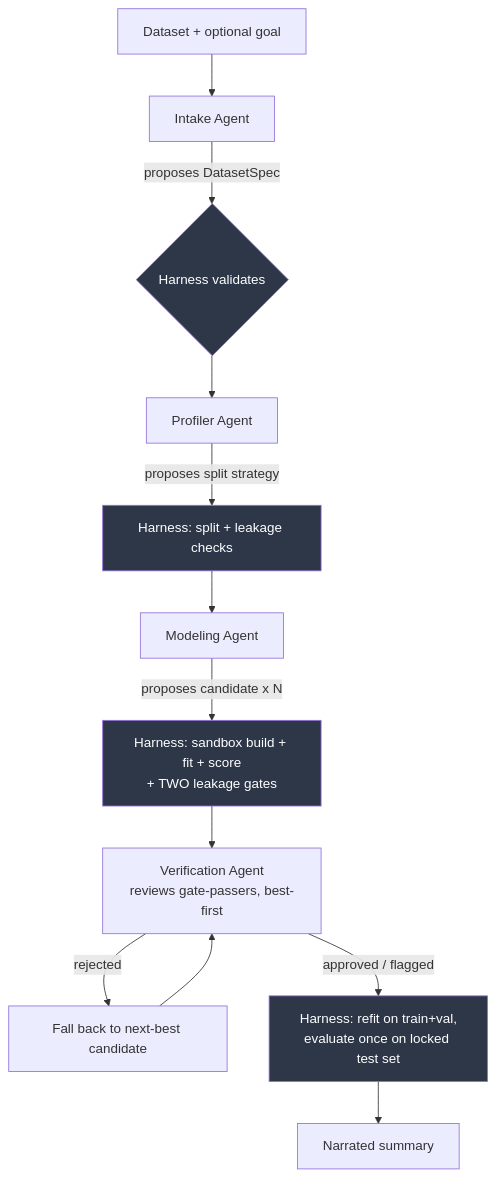
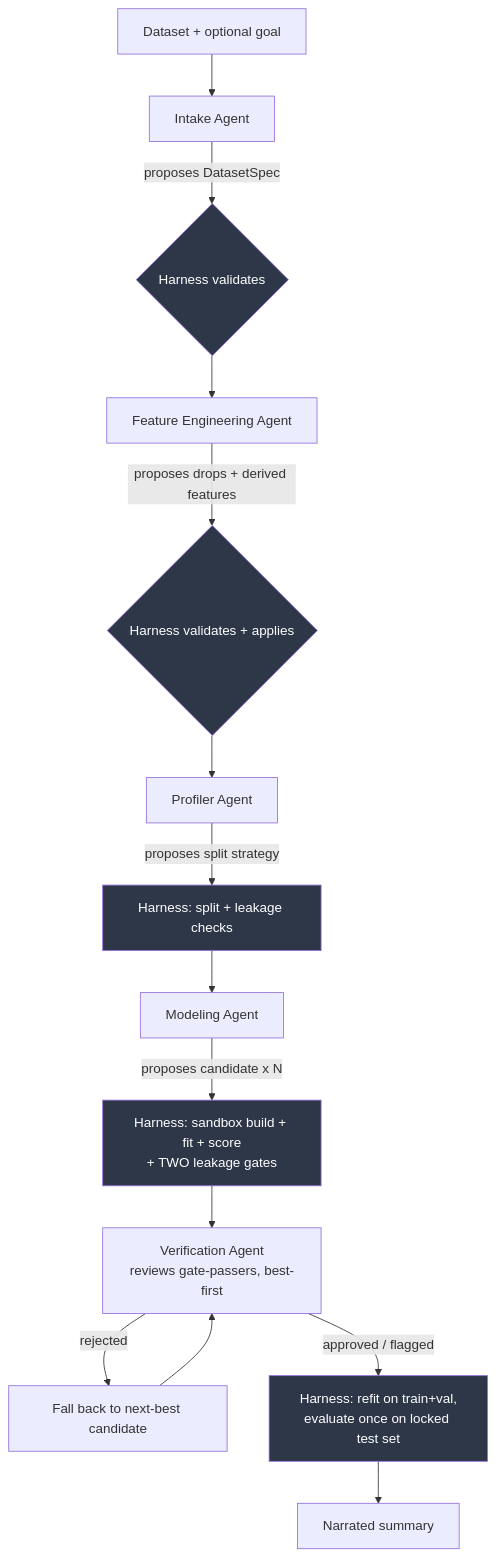
The diagram in agentic-ml-classification/PROJECT_OVERVIEW.md (meaton96/agentic-ai-project), drawn with Mermaid before and after one commit. The commit also changed other lines of this file and 11 other files, not shown here.

Commit message:
feature engineering agent

````diff
--- a/agentic-ml-classification/PROJECT_OVERVIEW.md
+++ b/agentic-ml-classification/PROJECT_OVERVIEW.md
@@ -65,19 +66,22 @@
 ```mermaid
 flowchart TD
     A[Dataset + optional goal] --> B[Intake Agent]
     B -->|proposes DatasetSpec| C{Harness validates}
-    C --> D[Profiler Agent]
+    C --> FE[Feature Engineering Agent]
+    FE -->|proposes drops + derived features| FEV{Harness validates + applies}
+    FEV --> D[Profiler Agent]
     D -->|proposes split strategy| E[Harness: split + leakage checks]
     E --> F[Modeling Agent]
     F -->|proposes candidate x N| G[Harness: sandbox build + fit + score<br/>+ TWO leakage gates]
     G --> K[Verification Agent<br/>reviews gate-passers, best-first]
     K -->|rejected| F2[Fall back to next-best candidate]
     F2 --> K
     K -->|approved / flagged| I[Harness: refit on train+val,<br/>evaluate once on locked test set]
     I --> J[Narrated summary]
 
     style C fill:#2d3748,color:#fff
+    style FEV fill:#2d3748,color:#fff
     style E fill:#2d3748,color:#fff
     style G fill:#2d3748,color:#fff
     style I fill:#2d3748,color:#fff
 ```
````
